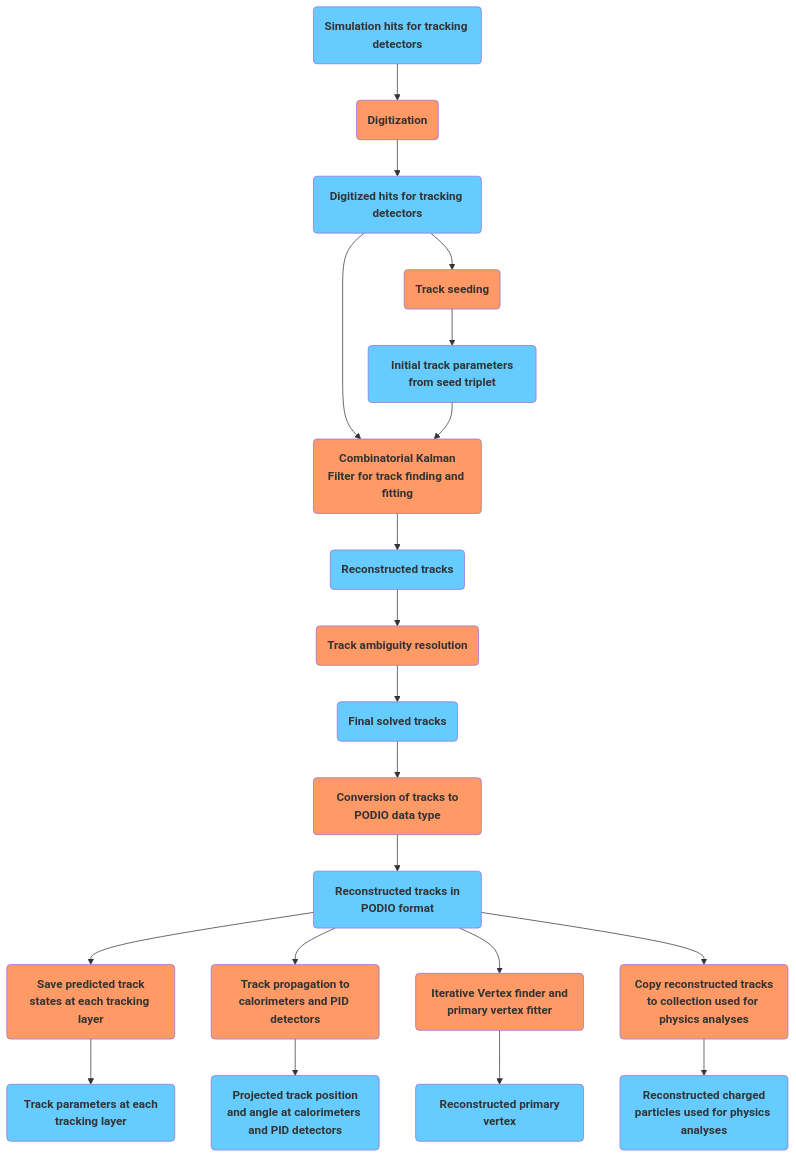
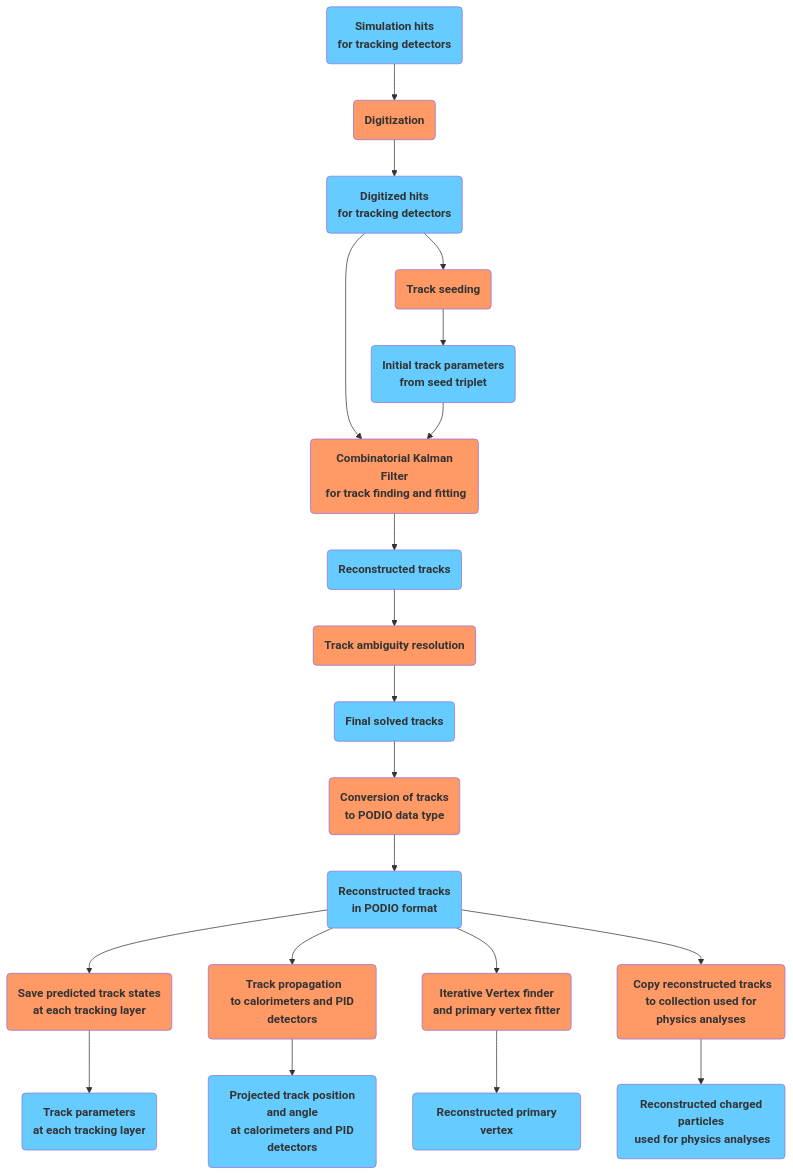
The first of 4 diagrams in docs/design/tracking.md (eic/EICrecon), drawn with Mermaid before and after one commit.

Commit message:
Update tracking.md
add line breakers

````diff
--- a/docs/design/tracking.md
+++ b/docs/design/tracking.md
@@ -4,32 +4,32 @@
 ```mermaid
 flowchart TB
   classDef alg fill:#f96;
   classDef col fill:#66ccff;
 
-  SimHits(<strong>Simulation hits for tracking detectors</strong>):::col
+  SimHits(<strong>Simulation hits<br/> for tracking detectors</strong>):::col
   SimHits --> TrackDigi(<strong>Digitization</strong>):::alg
-  TrackDigi --> RecHits(<strong>Digitized hits for tracking detectors</strong>):::col
+  TrackDigi --> RecHits(<strong>Digitized hits<br/> for tracking detectors</strong>):::col
 
   RecHits --> TrackSeeding(<strong> Track seeding):::alg
-  TrackSeeding --> InitParams(<strong> Initial track parameters from seed triplet):::col
+  TrackSeeding --> InitParams(<strong> Initial track parameters<br/> from seed triplet):::col
 
-  RecHits --> CKFTracking(<strong> Combinatorial Kalman Filter for track finding and fitting):::alg
+  RecHits --> CKFTracking(<strong> Combinatorial Kalman Filter<br/> for track finding and fitting):::alg
   InitParams --> CKFTracking
   CKFTracking --> ActsTracksUnsolved(<strong> Reconstructed tracks):::col
 
   ActsTracksUnsolved --> AmbiguitySolver(<strong> Track ambiguity resolution):::alg
   AmbiguitySolver --> ActsTracks(<strong> Final solved tracks):::col
 
-  ActsTracks --> TypeConverter(<strong> Conversion of tracks to PODIO data type):::alg
-  TypeConverter --> ReconstructedTracks(<strong> Reconstructed tracks in PODIO format):::col
+  ActsTracks --> TypeConverter(<strong> Conversion of tracks<br/> to PODIO data type):::alg
+  TypeConverter --> ReconstructedTracks(<strong> Reconstructed tracks<br/> in PODIO format):::col
 
-  ReconstructedTracks --> TrackProjector(<strong> Save predicted track states at each tracking layer):::alg
-  TrackProjector --> TrackStates(<strong> Track parameters at each tracking layer):::col
-  ReconstructedTracks --> TrackPropagator(<strong> Track propagation to calorimeters and PID detectors):::alg
-  TrackPropagator --> PropagatedTracks(<strong> Projected track position and angle at calorimeters and PID detectors):::col
-  ReconstructedTracks -->IterVertFind(<strong> Iterative Vertex finder and primary vertex fitter):::alg
+  ReconstructedTracks --> TrackProjector(<strong> Save predicted track states<br/> at each tracking layer):::alg
+  TrackProjector --> TrackStates(<strong> Track parameters<br/> at each tracking layer):::col
+  ReconstructedTracks --> TrackPropagator(<strong> Track propagation<br/> to calorimeters and PID detectors):::alg
+  TrackPropagator --> PropagatedTracks(<strong> Projected track position and angle<br/> at calorimeters and PID detectors):::col
+  ReconstructedTracks -->IterVertFind(<strong> Iterative Vertex finder<br/> and primary vertex fitter):::alg
   IterVertFind --> PrimVertices(<strong> Reconstructed primary vertex):::col
-  ReconstructedTracks --> ParticleFactory(<strong> Copy reconstructed tracks to collection used for physics analyses):::alg
-  ParticleFactory --> ReconstructedChargedParticles(<strong> Reconstructed charged particles used for physics analyses):::col
+  ReconstructedTracks --> ParticleFactory(<strong> Copy reconstructed tracks<br/> to collection used for physics analyses):::alg
+  ParticleFactory --> ReconstructedChargedParticles(<strong> Reconstructed charged particles<br/> used for physics analyses):::col
 
 ```
````
